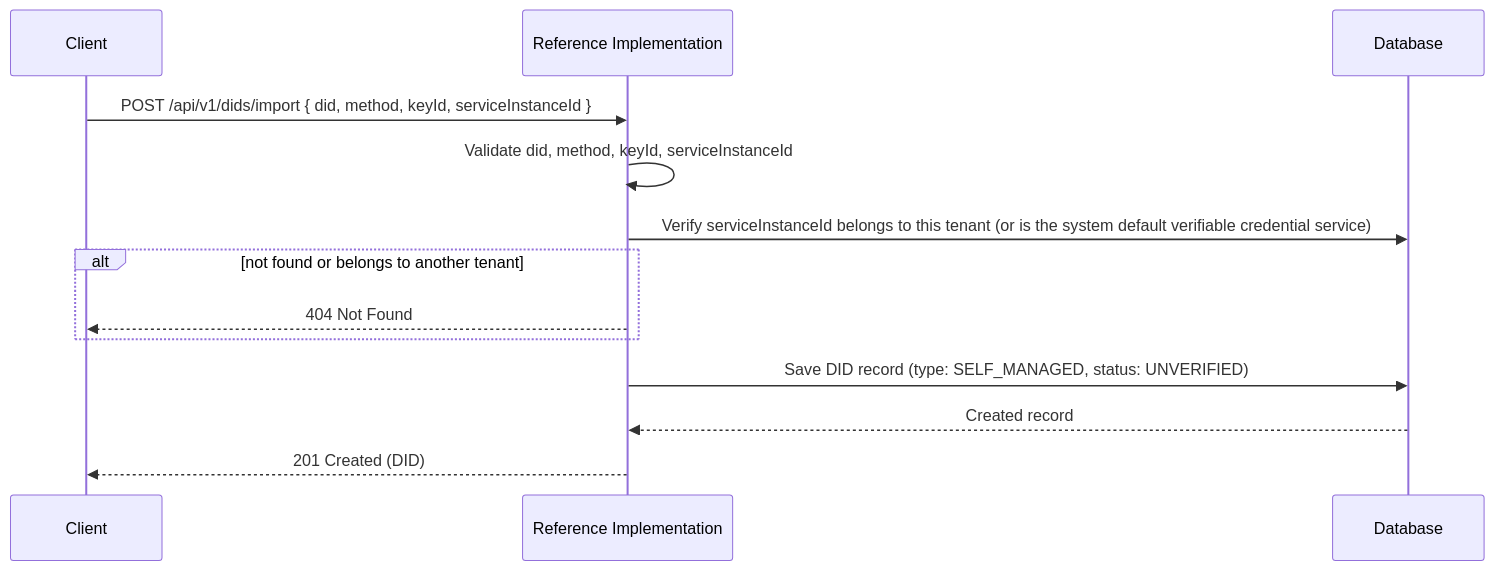
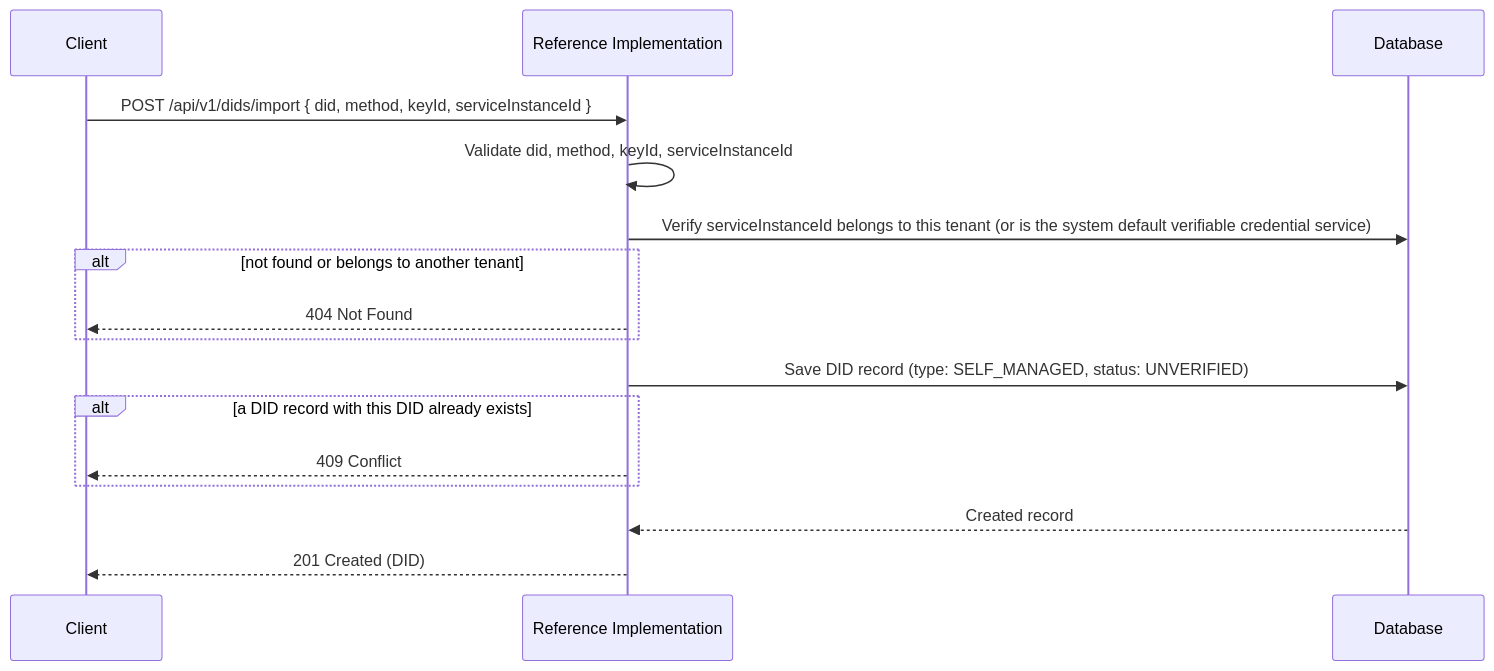
The fifth of 5 diagrams in documentation/docs/reference-implementation/api/dids.md (uncefact/tests-untp), drawn with Mermaid before and after one commit. The commit also changed other lines of this file and 57 other files, not shown here.

````diff
--- a/documentation/docs/reference-implementation/api/dids.md
+++ b/documentation/docs/reference-implementation/api/dids.md
@@ -353,16 +365,19 @@
 ```mermaid
 sequenceDiagram
     participant Client
     participant RI as Reference Implementation
     participant DB as Database
 
     Client->>RI: POST /api/v1/dids/import { did, method, keyId, serviceInstanceId }
     RI->>RI: Validate did, method, keyId, serviceInstanceId
     RI->>DB: Verify serviceInstanceId belongs to this tenant (or is the system default verifiable credential service)
     alt not found or belongs to another tenant
         RI-->>Client: 404 Not Found
     end
     RI->>DB: Save DID record (type: SELF_MANAGED, status: UNVERIFIED)
+    alt a DID record with this DID already exists
+        RI-->>Client: 409 Conflict
+    end
     DB-->>RI: Created record
     RI-->>Client: 201 Created (DID)
 ```
````
